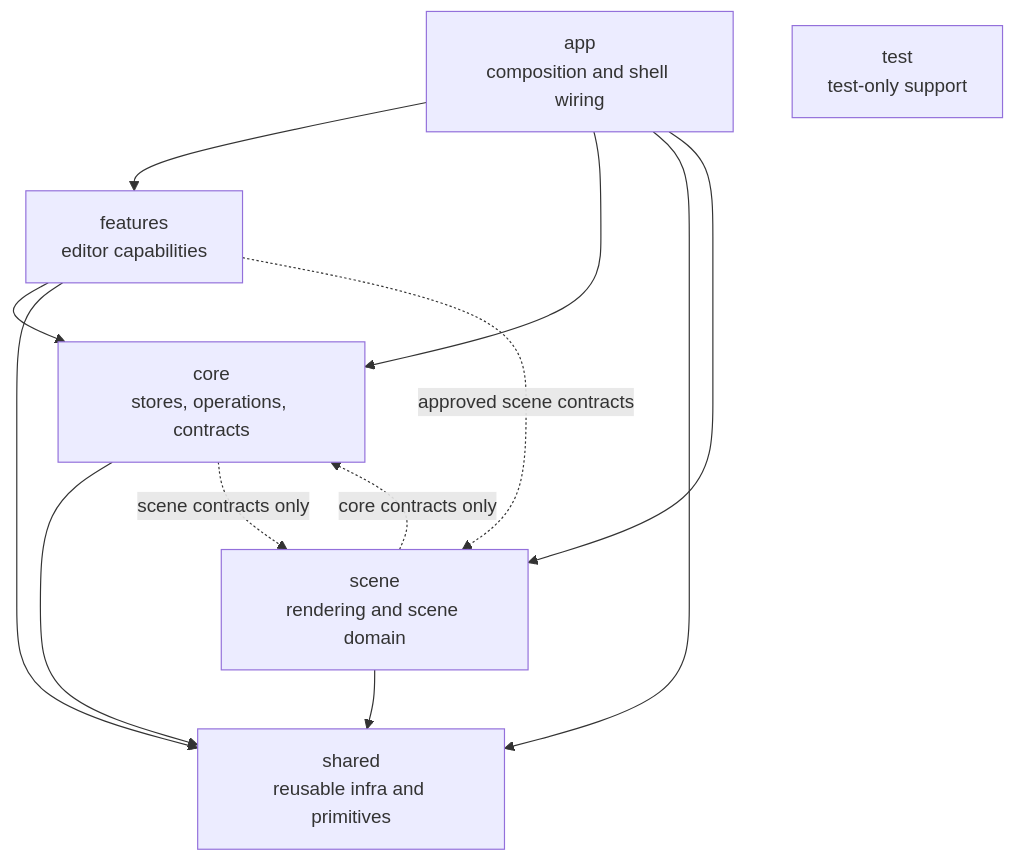
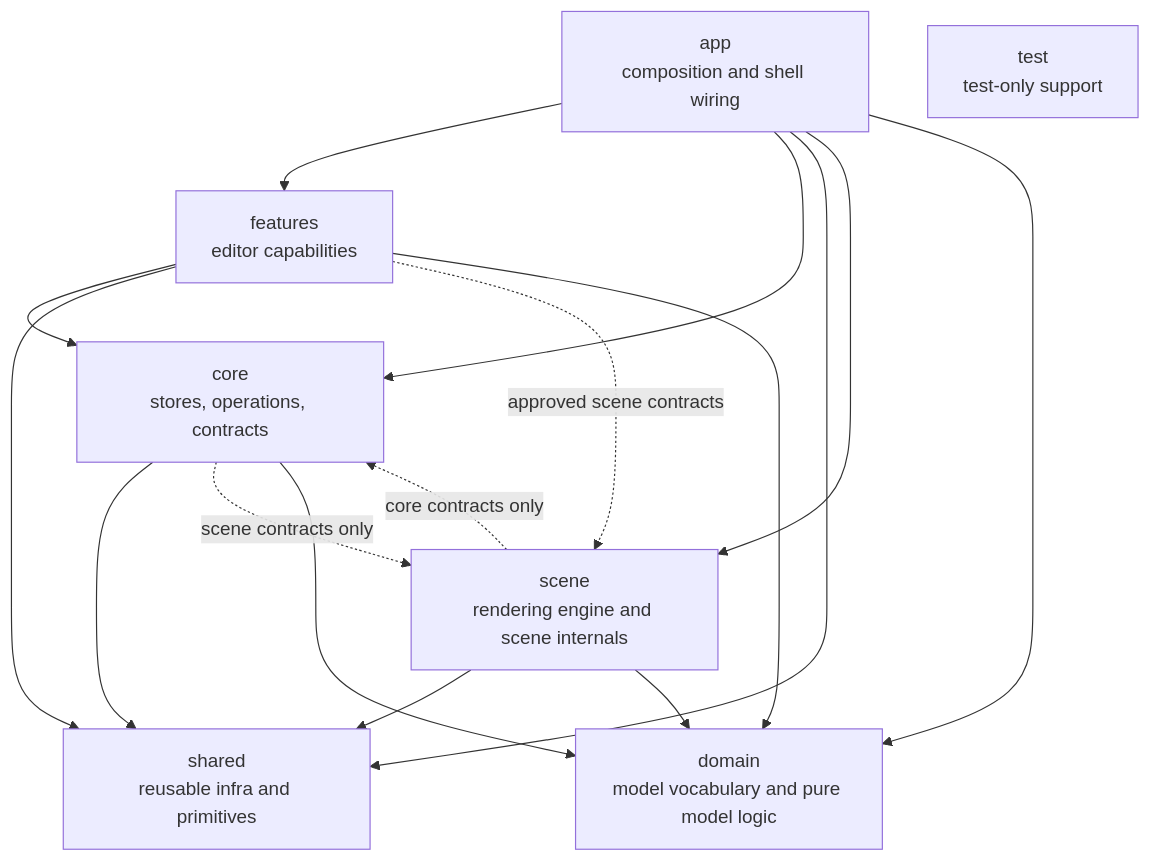
One commit to christopher-r-anderson/room-layout changed the diagram in docs/architecture/architecture.md. Above: the diagram before and after it, drawn with Mermaid. The commit also changed other lines of this file and 11 other files, not shown here.

First line of the commit message:
docs: reconcile architecture docs with the domain leaf and shared redistribution

````diff
--- a/docs/architecture/architecture.md
+++ b/docs/architecture/architecture.md
@@ -9,24 +9,31 @@
 ```mermaid
 flowchart TD
   app["app\ncomposition and shell wiring"]
   features["features\neditor capabilities"]
   core["core\nstores, operations, contracts"]
   shared["shared\nreusable infra and primitives"]
-  scene["scene\nrendering and scene domain"]
+  scene["scene\nrendering engine and scene internals"]
+  domain["domain\nmodel vocabulary and pure model logic"]
   test["test\n test-only support"]
 
   app --> features
   app --> core
   app --> shared
   app --> scene
 
   features --> core
   features --> shared
   features -. approved scene contracts .-> scene
 
   core --> shared
   core -. scene contracts only .-> scene
 
   scene --> shared
+
+  app --> domain
+  features --> domain
+  core --> domain
+  scene --> domain
+
   scene -. core contracts only .-> core
 ```
````
